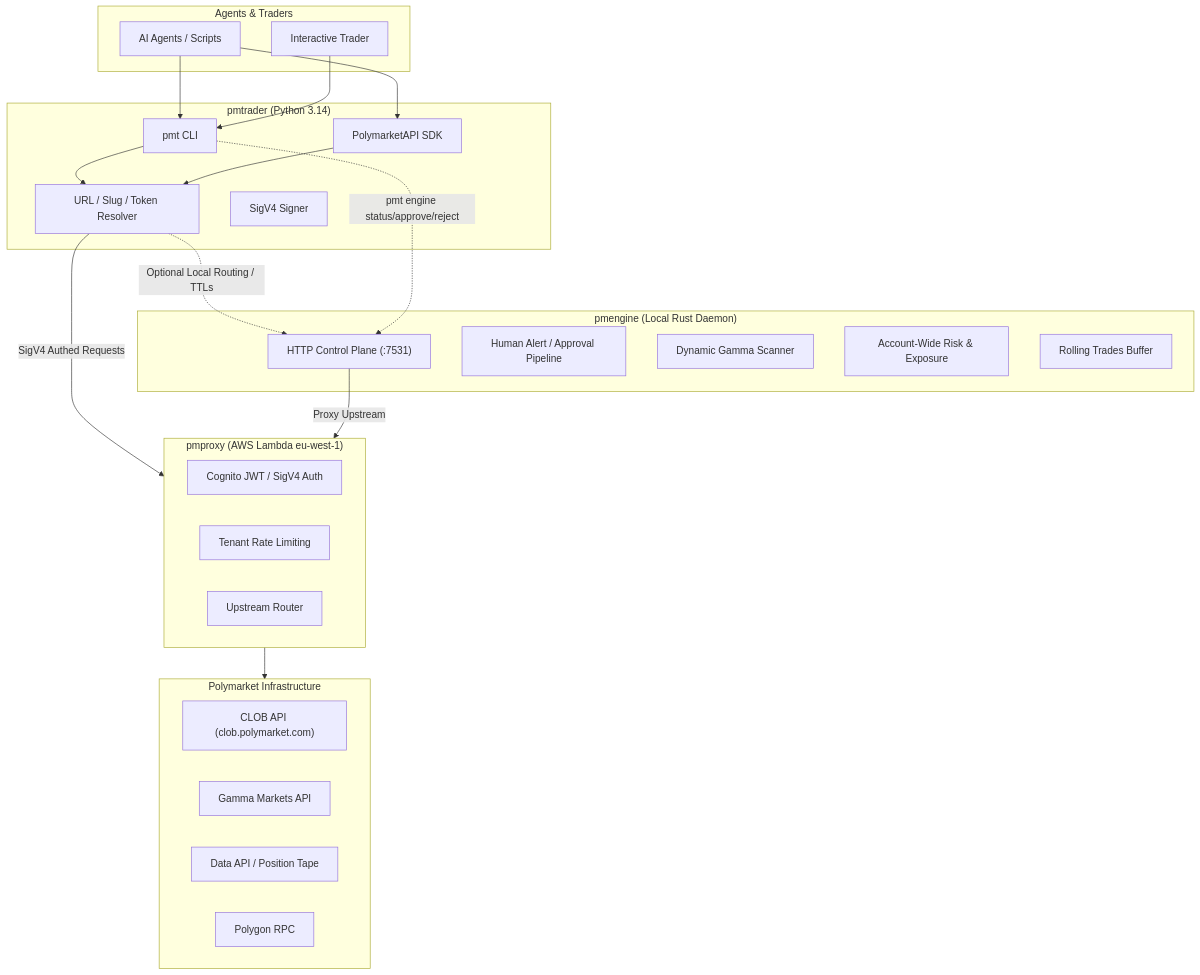
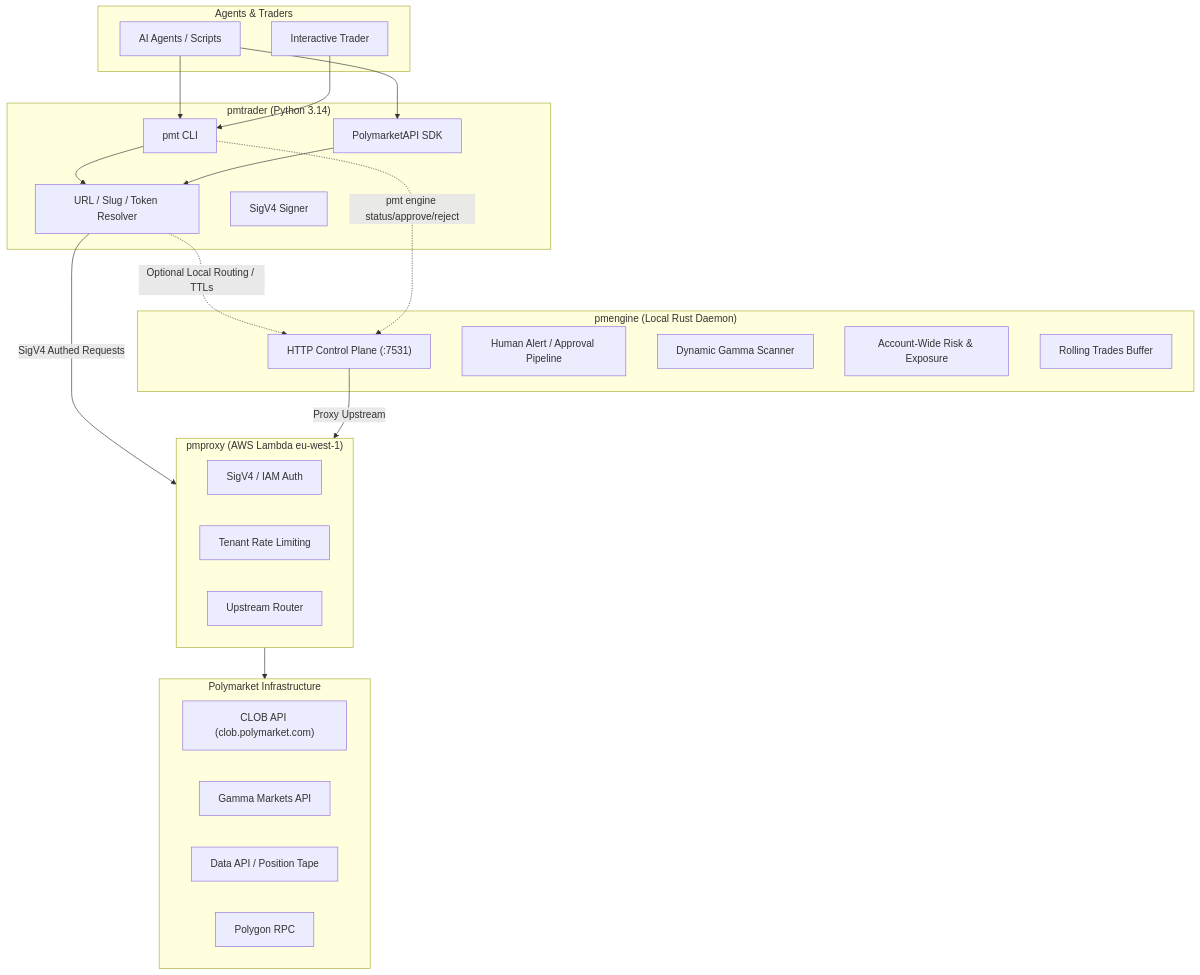
One commit to hunterjsb/pmt changed the diagram in README.md. Above: the diagram before and after it, drawn with Mermaid. The commit also changed other lines of this file and 10 other files, not shown here.

````diff
--- a/README.md
+++ b/README.md
@@ -21,50 +21,50 @@
 ```mermaid
 flowchart TD
     subgraph UsersAndAgents["Agents & Traders"]
         AGENT["AI Agents / Scripts"]
         USER["Interactive Trader"]
     end
 
     subgraph PMTRADER["pmtrader (Python 3.14)"]
         CLI["pmt CLI"]
         SDK["PolymarketAPI SDK"]
         RESOLVE["URL / Slug / Token Resolver"]
         SIGV4["SigV4 Signer"]
     end
 
     AGENT --> CLI
     AGENT --> SDK
     USER --> CLI
 
     CLI --> RESOLVE
     SDK --> RESOLVE
 
     subgraph ENGINE_LOCAL["pmengine (Local Rust Daemon)"]
         CP["HTTP Control Plane (:7531)"]
         ALERTS["Human Alert / Approval Pipeline"]
         SCANNER["Dynamic Gamma Scanner"]
         RISK["Account-Wide Risk & Exposure"]
         TRADES["Rolling Trades Buffer"]
     end
 
     RESOLVE -.->|"Optional Local Routing / TTLs"| CP
     CLI -.->|"pmt engine status/approve/reject"| CP
 
     subgraph PROXY["pmproxy (AWS Lambda eu-west-1)"]
-        AUTH["Cognito JWT / SigV4 Auth"]
+        AUTH["SigV4 / IAM Auth"]
         RATELIMIT["Tenant Rate Limiting"]
         ROUTE["Upstream Router"]
     end
 
     RESOLVE -->|"SigV4 Authed Requests"| PROXY
     CP -->|"Proxy Upstream"| PROXY
 
     subgraph POLY["Polymarket Infrastructure"]
         CLOB["CLOB API (clob.polymarket.com)"]
         GAMMA["Gamma Markets API"]
         DATA["Data API / Position Tape"]
         RPC["Polygon RPC"]
     end
 
     PROXY --> POLY
 ```
````
